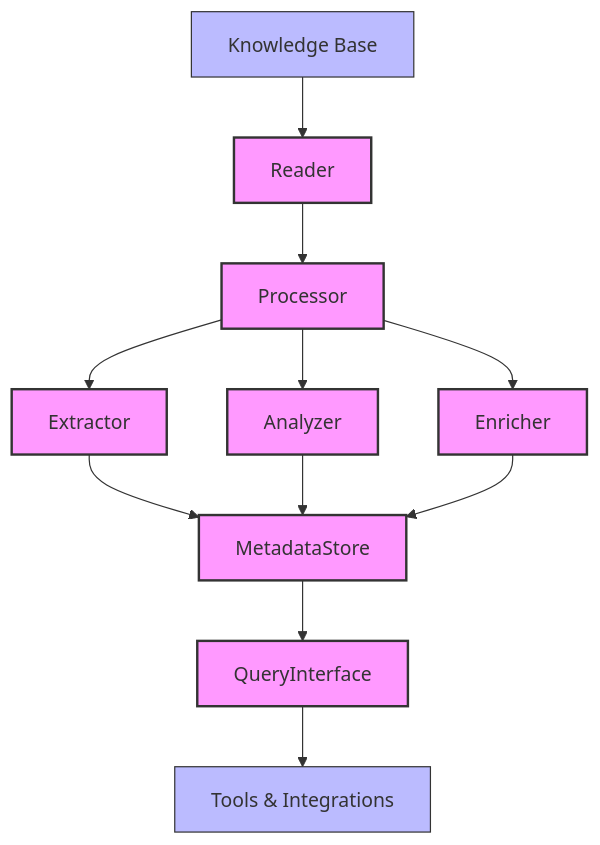
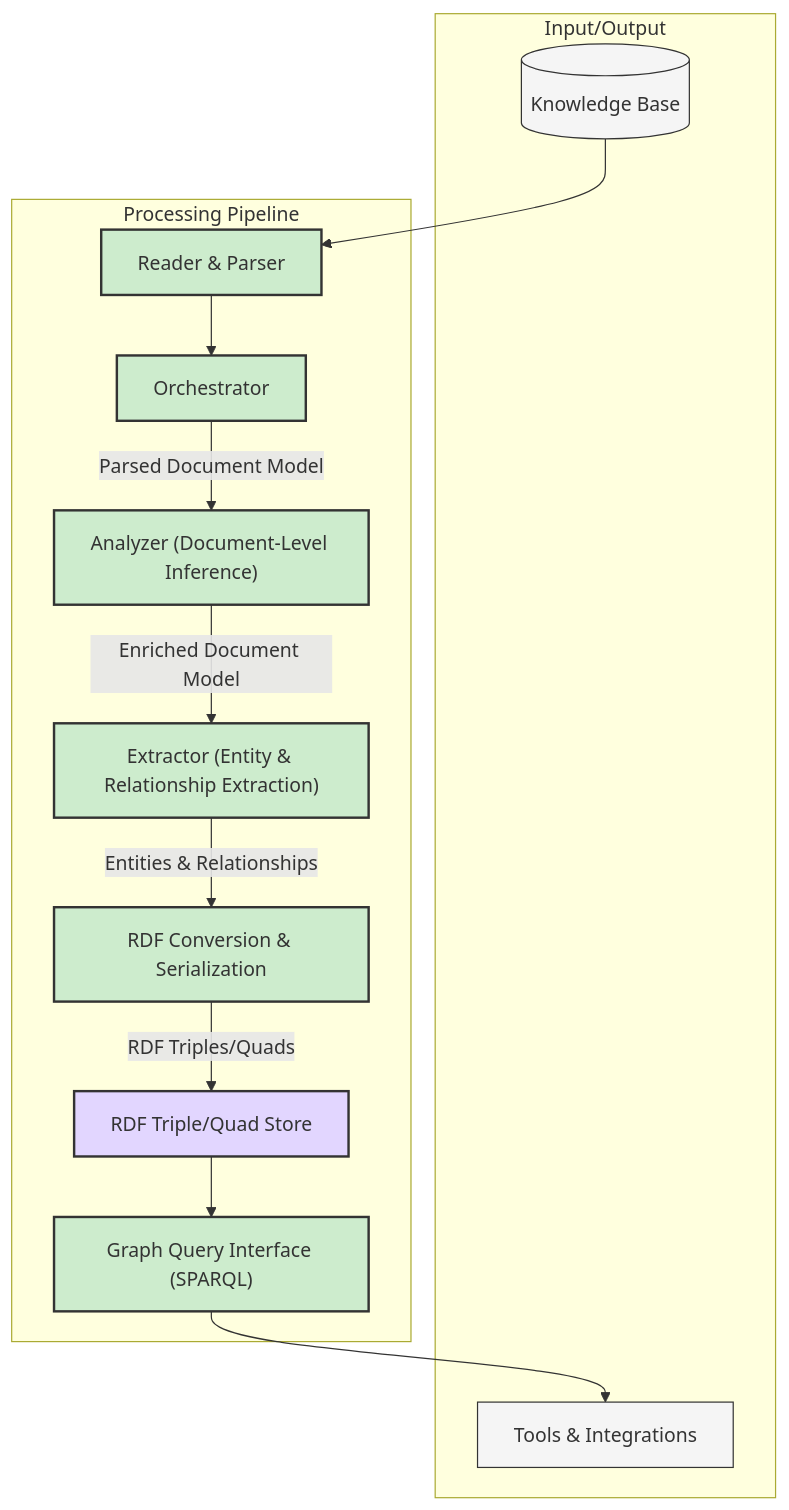
One commit to dstengle/knowledgebase-processor changed the diagram in docs/architecture/system-overview/components.md. Above: the diagram before and after it, drawn with Mermaid. The commit also changed other lines of this file and 5 other files, not shown here.

Commit message:
docs: Document architectural shift to knowledge graph/RDF

````diff
--- a/docs/architecture/system-overview/components.md
+++ b/docs/architecture/system-overview/components.md
@@ -15,19 +16,34 @@
 ```mermaid
 graph TD
-    KB[Knowledge Base] --> Reader
+    subgraph "Input/Output"
+        KB[(Knowledge Base)]
+        Tools[Tools & Integrations]
+    end
+
+    subgraph "Processing Pipeline"
+        Reader["Reader & Parser"]
+        Processor[Orchestrator]
+        Analyzer["Analyzer (Document-Level Inference)"]
+        Extractor["Extractor (Entity & Relationship Extraction)"]
+        RDFConverter["RDF Conversion & Serialization"]
+        RDFStore["RDF Triple/Quad Store"]
+        QueryInterface["Graph Query Interface (SPARQL)"]
+    end
+
+    KB --> Reader
     Reader --> Processor
-    Processor --> Extractor
-    Processor --> Analyzer
-    Processor --> Enricher
-    Extractor --> MetadataStore
-    Analyzer --> MetadataStore
-    Enricher --> MetadataStore
-    MetadataStore --> QueryInterface
-    QueryInterface --> Tools[Tools & Integrations]
+    Processor -- Parsed Document Model --> Analyzer
+    Analyzer -- Enriched Document Model --> Extractor
+    Extractor -- Entities & Relationships --> RDFConverter
+    RDFConverter -- RDF Triples/Quads --> RDFStore
+    RDFStore --> QueryInterface
+    QueryInterface --> Tools
     
-    classDef core fill:#f9f,stroke:#333,stroke-width:2px;
-    classDef external fill:#bbf,stroke:#333,stroke-width:1px;
+    classDef core fill:#cdeccd,stroke:#333,stroke-width:2px;
+    classDef storage fill:#e2d6ff,stroke:#333,stroke-width:2px;
+    classDef external fill:#f5f5f5,stroke:#333,stroke-width:1px;
     
-    class Reader,Processor,Extractor,Analyzer,Enricher,MetadataStore,QueryInterface core;
+    class Reader,Processor,Analyzer,Extractor,RDFConverter,QueryInterface core;
+    class RDFStore storage;
     class KB,Tools external;
 ```
````
